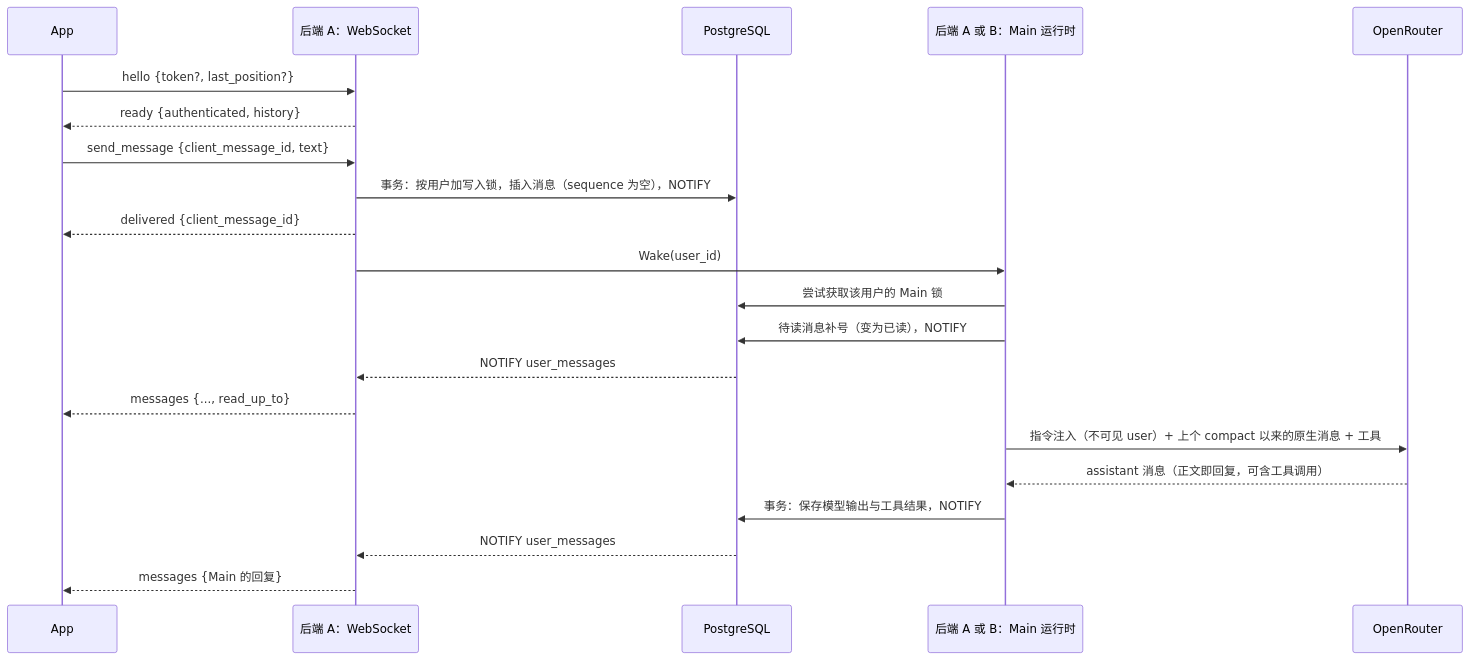
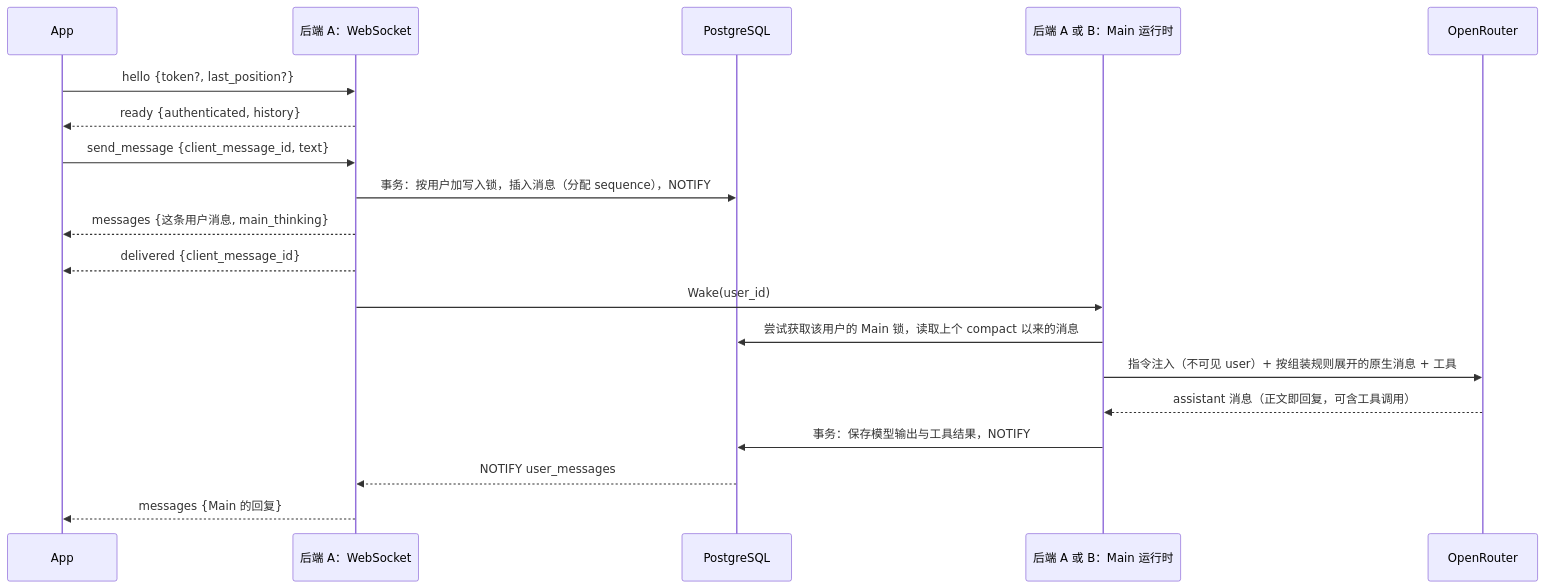
One commit to OmniNetOpensource/aether-personal changed the diagram in docs/wiki/04-messaging.md. Above: the diagram before and after it, drawn with Mermaid. The commit also changed other lines of this file and 7 other files, not shown here.

````diff
--- a/docs/wiki/04-messaging.md
+++ b/docs/wiki/04-messaging.md
@@ -34,24 +34,22 @@
 ```mermaid
 sequenceDiagram
     participant App
     participant WS as 后端 A：WebSocket
     participant DB as PostgreSQL
     participant Runner as 后端 A 或 B：Main 运行时
     participant Model as OpenRouter
 
     App->>WS: hello {token?, last_position?}
     WS-->>App: ready {authenticated, history}
     App->>WS: send_message {client_message_id, text}
-    WS->>DB: 事务：按用户加写入锁，插入消息（sequence 为空），NOTIFY
+    WS->>DB: 事务：按用户加写入锁，插入消息（分配 sequence），NOTIFY
+    WS-->>App: messages {这条用户消息, main_thinking}
     WS-->>App: delivered {client_message_id}
     WS->>Runner: Wake(user_id)
-    Runner->>DB: 尝试获取该用户的 Main 锁
-    Runner->>DB: 待读消息补号（变为已读），NOTIFY
-    DB-->>WS: NOTIFY user_messages
-    WS-->>App: messages {..., read_up_to}
-    Runner->>Model: 指令注入（不可见 user）+ 上个 compact 以来的原生消息 + 工具
+    Runner->>DB: 尝试获取该用户的 Main 锁，读取上个 compact 以来的消息
+    Runner->>Model: 指令注入（不可见 user）+ 按组装规则展开的原生消息 + 工具
     Model-->>Runner: assistant 消息（正文即回复，可含工具调用）
     Runner->>DB: 事务：保存模型输出与工具结果，NOTIFY
     DB-->>WS: NOTIFY user_messages
     WS-->>App: messages {Main 的回复}
 ```
````
